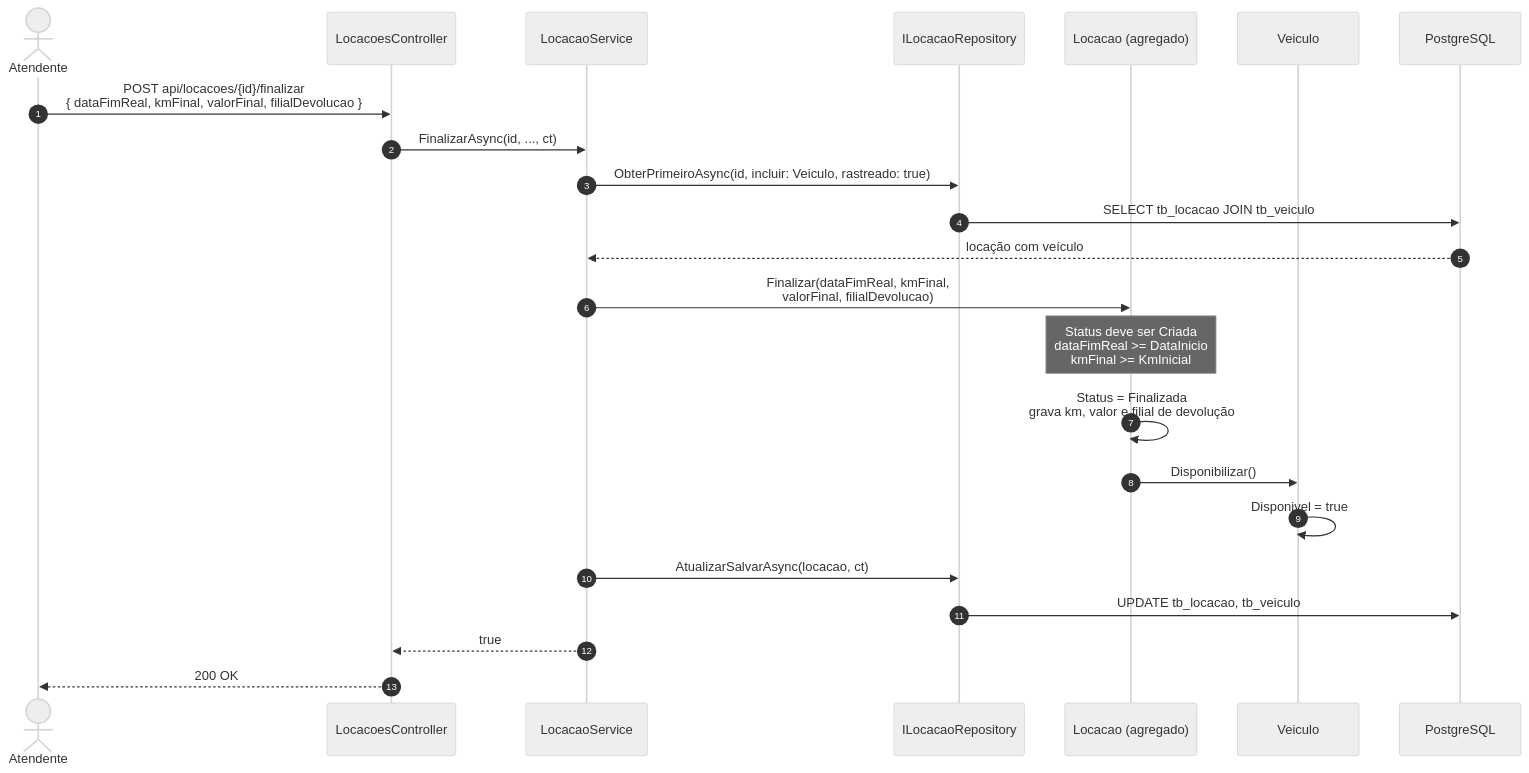
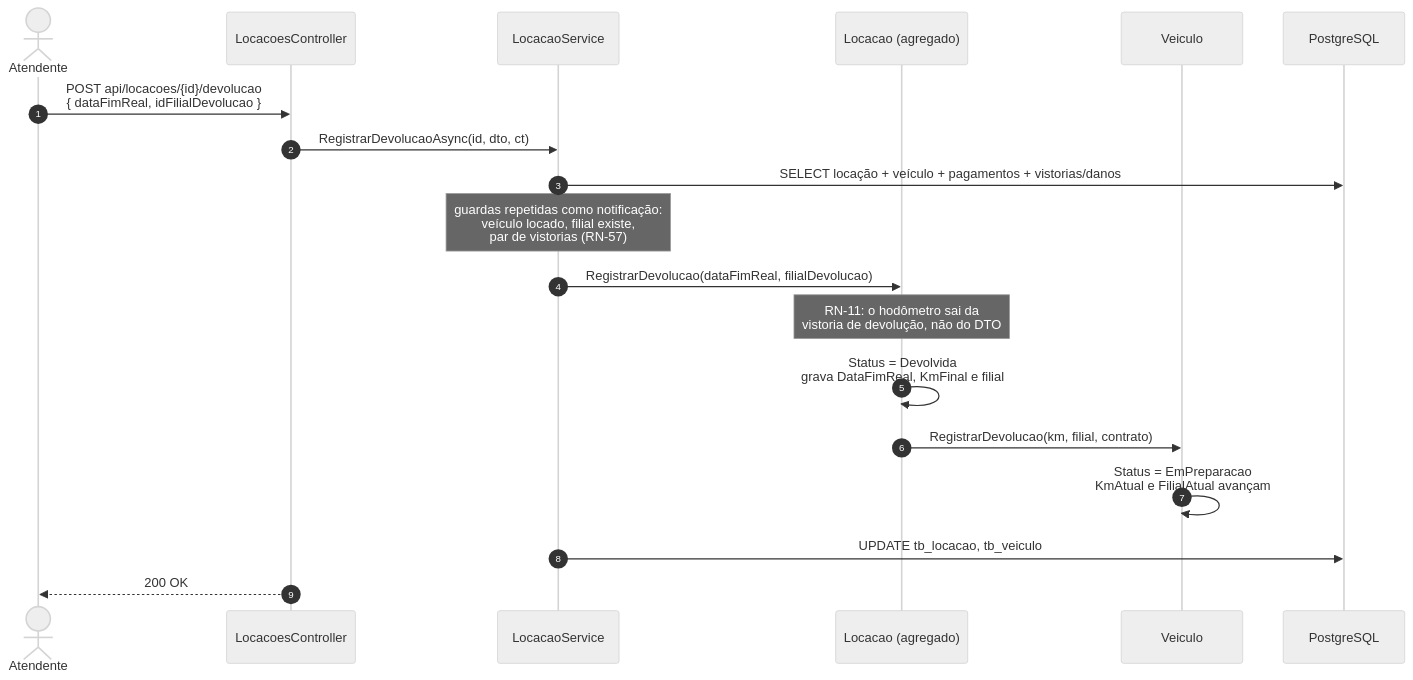
The sixth of 13 diagrams in docs/06-diagramas-de-sequencia.md (andreo210/Locadora_Auto), drawn with Mermaid (neutral theme) before and after one commit. The commit also changed other lines of this file and 21 other files, not shown here.

Commit message:
porta da api do fechamento: devolucao, apuracao e extrato discriminado

````diff
--- a/docs/06-diagramas-de-sequencia.md
+++ b/docs/06-diagramas-de-sequencia.md
@@ -250,28 +256,24 @@
 ```mermaid
 sequenceDiagram
     autonumber
     actor At as Atendente
     participant Ctl as LocacoesController
     participant Svc as LocacaoService
-    participant Rep as ILocacaoRepository
     participant Loc as Locacao (agregado)
     participant Vei as Veiculo
     participant Db as PostgreSQL
 
-    At->>Ctl: POST api/locacoes/{id}/finalizar<br/>{ dataFimReal, kmFinal, valorFinal, filialDevolucao }
-    Ctl->>Svc: FinalizarAsync(id, ..., ct)
-    Svc->>Rep: ObterPrimeiroAsync(id, incluir: Veiculo, rastreado: true)
-    Rep->>Db: SELECT tb_locacao JOIN tb_veiculo
-    Db-->>Svc: locação com veículo
+    At->>Ctl: POST api/locacoes/{id}/devolucao<br/>{ dataFimReal, idFilialDevolucao }
+    Ctl->>Svc: RegistrarDevolucaoAsync(id, dto, ct)
+    Svc->>Db: SELECT locação + veículo + pagamentos + vistorias/danos
+    Note over Svc: guardas repetidas como notificação:<br/>veículo locado, filial existe,<br/>par de vistorias (RN-57)
 
-    Svc->>Loc: Finalizar(dataFimReal, kmFinal,<br/>valorFinal, filialDevolucao)
-    Note over Loc: Status deve ser Criada<br/>dataFimReal >= DataInicio<br/>kmFinal >= KmInicial
-    Loc->>Loc: Status = Finalizada<br/>grava km, valor e filial de devolução
-    Loc->>Vei: Disponibilizar()
-    Vei->>Vei: Disponivel = true
+    Svc->>Loc: RegistrarDevolucao(dataFimReal, filialDevolucao)
+    Note over Loc: RN-11: o hodômetro sai da<br/>vistoria de devolução, não do DTO
+    Loc->>Loc: Status = Devolvida<br/>grava DataFimReal, KmFinal e filial
+    Loc->>Vei: RegistrarDevolucao(km, filial, contrato)
+    Vei->>Vei: Status = EmPreparacao<br/>KmAtual e FilialAtual avançam
 
-    Svc->>Rep: AtualizarSalvarAsync(locacao, ct)
-    Rep->>Db: UPDATE tb_locacao, tb_veiculo
-    Svc-->>Ctl: true
+    Svc->>Db: UPDATE tb_locacao, tb_veiculo
     Ctl-->>At: 200 OK
 ```
````
